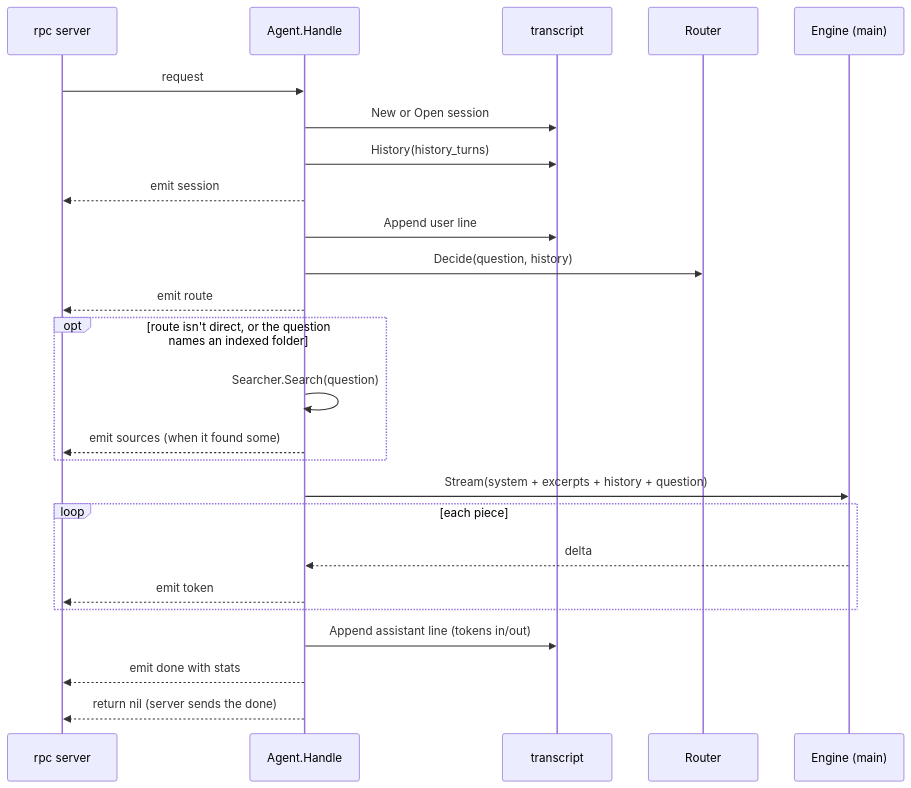
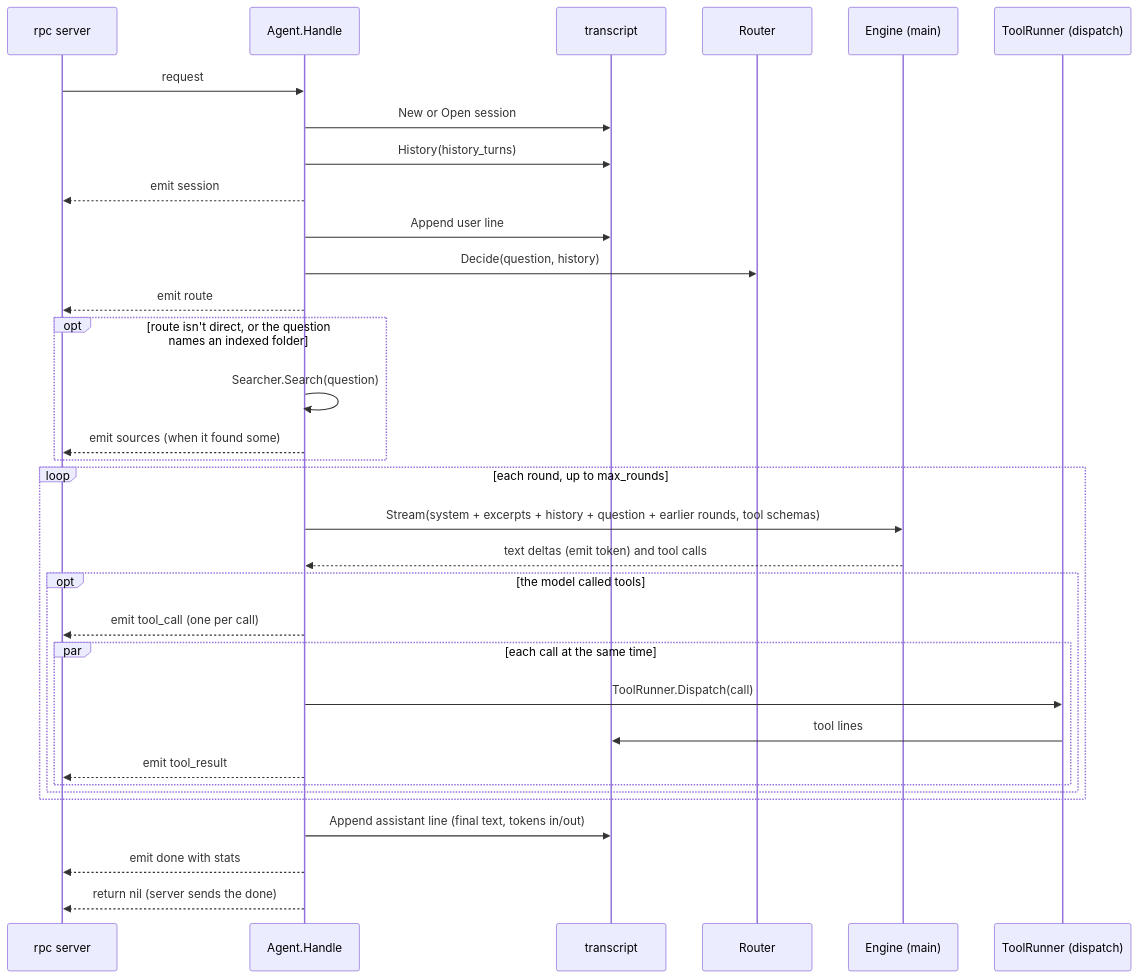
One commit to aarora79/meru changed the diagram in docs/coding-notes/agent.md. Above: the diagram before and after it, drawn with Mermaid. The commit also changed other lines of this file and 11 other files, not shown here.

````diff
--- a/docs/coding-notes/agent.md
+++ b/docs/coding-notes/agent.md
@@ -25,27 +30,35 @@
 ```mermaid
 sequenceDiagram
     participant S as rpc server
     participant A as Agent.Handle
     participant T as transcript
     participant R as Router
     participant E as Engine (main)
+    participant D as ToolRunner (dispatch)
     S->>A: request
     A->>T: New or Open session
     A->>T: History(history_turns)
     A-->>S: emit session
     A->>T: Append user line
     A->>R: Decide(question, history)
     A-->>S: emit route
     opt route isn't direct, or the question names an indexed folder
         A->>A: Searcher.Search(question)
         A-->>S: emit sources (when it found some)
     end
-    A->>E: Stream(system + excerpts + history + question)
-    loop each piece
-        E-->>A: delta
-        A-->>S: emit token
+    loop each round, up to max_rounds
+        A->>E: Stream(system + excerpts + history + question + earlier rounds, tool schemas)
+        E-->>A: text deltas (emit token) and tool calls
+        opt the model called tools
+            A-->>S: emit tool_call (one per call)
+            par each call at the same time
+                A->>D: ToolRunner.Dispatch(call)
+                D->>T: tool lines
+                A-->>S: emit tool_result
+            end
+        end
     end
-    A->>T: Append assistant line (tokens in/out)
+    A->>T: Append assistant line (final text, tokens in/out)
     A-->>S: emit done with stats
     A-->>S: return nil (server sends the done)
 ```
````
